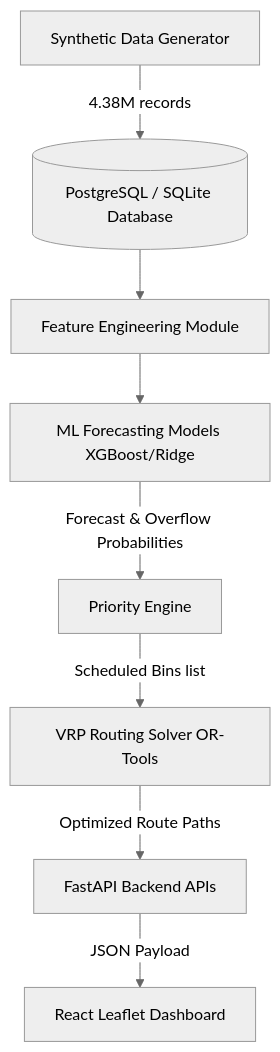
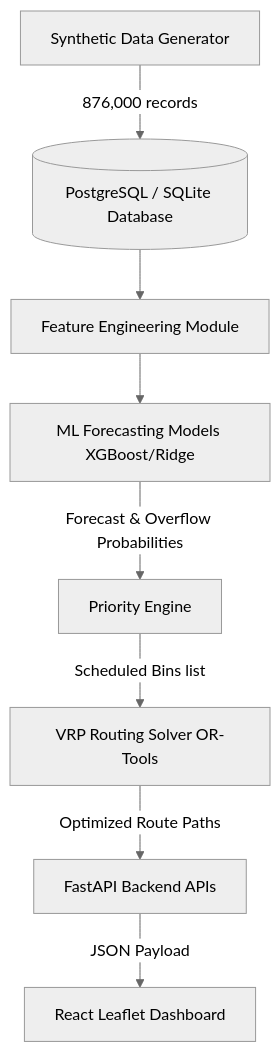
One commit to RishvinReddy/EcoBin-Smart-Waste-Management-System changed the diagram in README.md. Above: the diagram before and after it, drawn with Mermaid (neutral theme). The commit also changed other lines of this file and 9 other files, not shown here.

````diff
--- a/README.md
+++ b/README.md
@@ -38,10 +38,10 @@
 ```mermaid
 graph TD
-    A[Synthetic Data Generator] -->|4.38M records| B[(PostgreSQL / SQLite Database)]
+    A[Synthetic Data Generator] -->|876,000 records| B[(PostgreSQL / SQLite Database)]
     B --> C[Feature Engineering Module]
     C --> D[ML Forecasting Models XGBoost/Ridge]
     D -->|Forecast & Overflow Probabilities| E[Priority Engine]
     E -->|Scheduled Bins list| F[VRP Routing Solver OR-Tools]
     F -->|Optimized Route Paths| G[FastAPI Backend APIs]
     G -->|JSON Payload| H[React Leaflet Dashboard]
 ```
````
